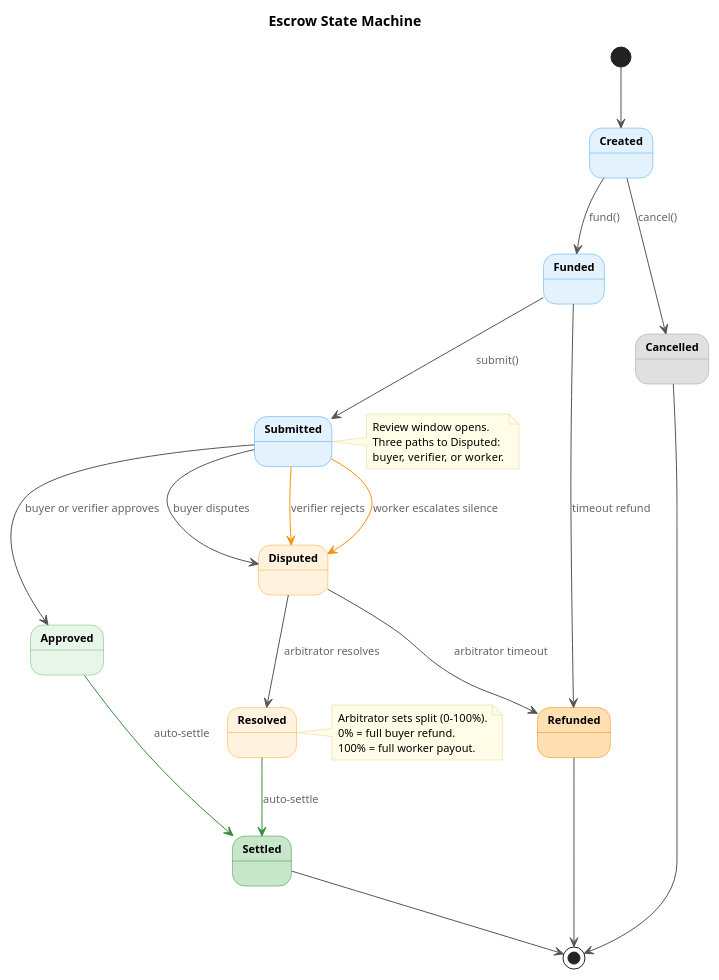
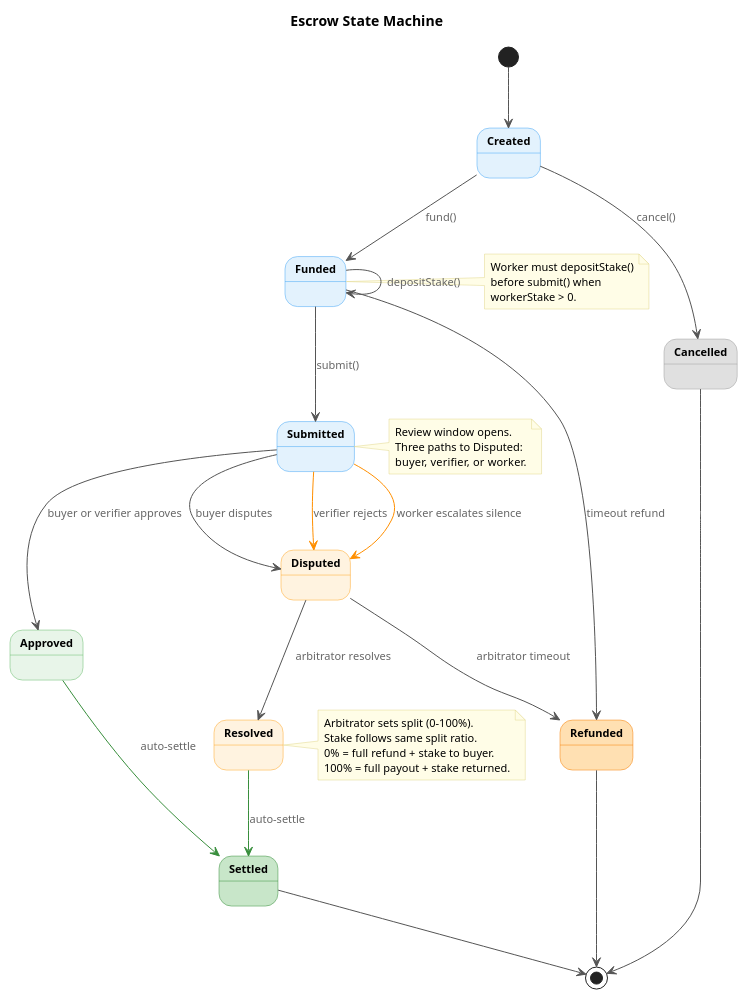
The diagram in docs/diagrams/state-machine.puml (eddiefleurent/agent-escrow), drawn with PlantUML before and after one commit. The commit also changed 33 other files, not shown here.

First line of the commit message:
feat: Activate worker stake as anti-Sybil bond (paper §4.8) (#3)

```diff
--- a/docs/diagrams/state-machine.puml
+++ b/docs/diagrams/state-machine.puml
@@ -1,70 +1,78 @@
 @startuml state-machine
 skinparam backgroundColor #FFFFFF
 skinparam defaultFontName "Helvetica"
 skinparam defaultFontSize 13
 skinparam shadowing false
 skinparam ArrowColor #555555
 skinparam ArrowFontSize 11
 skinparam ArrowFontColor #666666
 
 skinparam state {
   FontSize 14
   FontStyle bold
   AttributeFontSize 11
 }
 
 skinparam note {
   BackgroundColor #FFFDE7
   BorderColor #E0D68A
   FontSize 11
 }
 
 title Escrow State Machine
 
 state Created #E3F2FD ##42A5F5
 state Funded #E3F2FD ##42A5F5
 state Submitted #E3F2FD ##42A5F5
 state Approved #E8F5E9 ##66BB6A
 state Disputed #FFF3E0 ##FFA726
 state Resolved #FFF3E0 ##FFA726
 
 state Settled #C8E6C9 ##388E3C
 state Refunded #FFE0B2 ##F57C00
 state Cancelled #E0E0E0 ##9E9E9E
 
 [*] --> Created
 
 Created --> Funded : fund()
 Created --> Cancelled : cancel()
 
+Funded --> Funded : depositStake()
 Funded --> Submitted : submit()
 Funded --> Refunded : timeout refund
 
 Submitted --> Approved : buyer or verifier approves
 Submitted --> Disputed : buyer disputes
 Submitted -[#FF8F00]-> Disputed : verifier rejects
 Submitted -[#FF8F00]-> Disputed : worker escalates silence
 
 Disputed --> Resolved : arbitrator resolves
 Disputed --> Refunded : arbitrator timeout
 
 Approved -[#388E3C]-> Settled : auto-settle
 Resolved -[#388E3C]-> Settled : auto-settle
 
 Cancelled --> [*]
 Refunded --> [*]
 Settled --> [*]
 
+note right of Funded
+  Worker must depositStake()
+  before submit() when
+  workerStake > 0.
+end note
+
 note right of Submitted
   Review window opens.
   Three paths to Disputed:
   buyer, verifier, or worker.
 end note
 
 note right of Resolved
   Arbitrator sets split (0-100%).
-  0% = full buyer refund.
-  100% = full worker payout.
+  Stake follows same split ratio.
+  0% = full refund + stake to buyer.
+  100% = full payout + stake returned.
 end note
 
 @enduml
```
